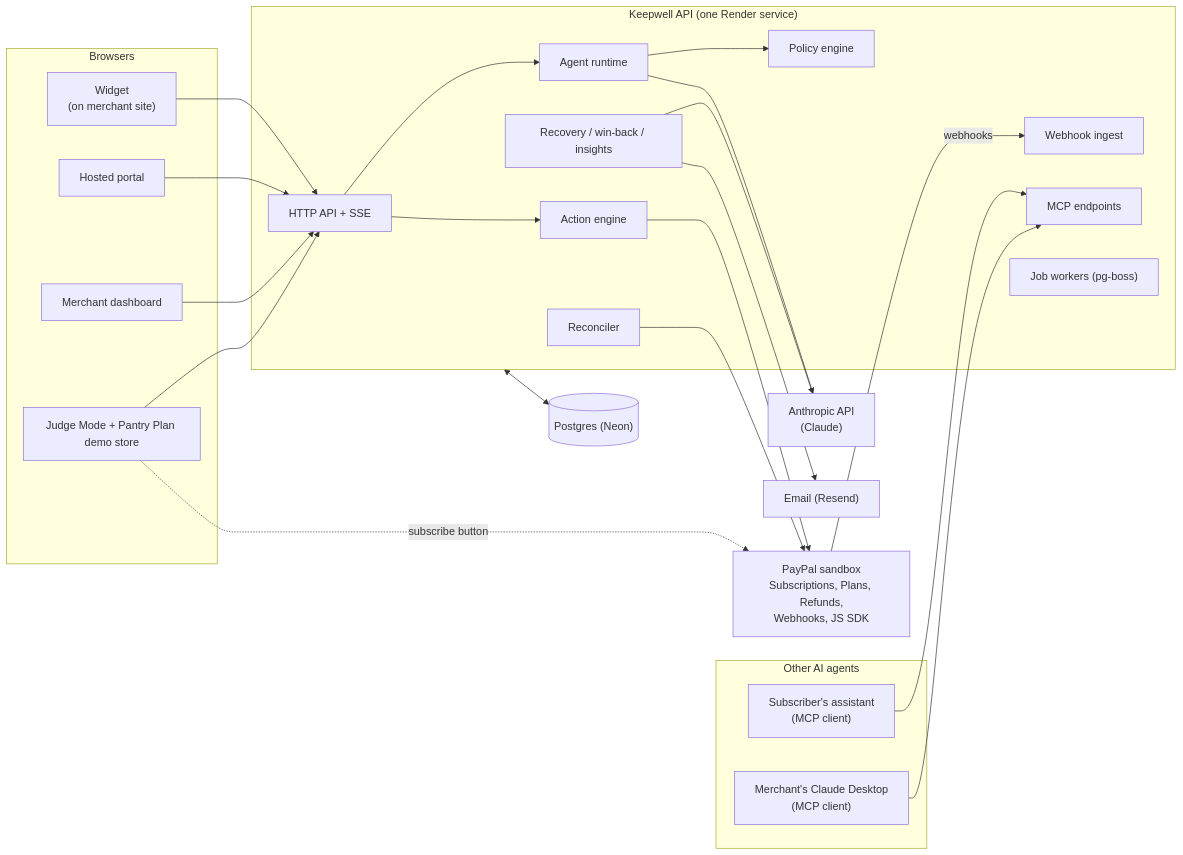
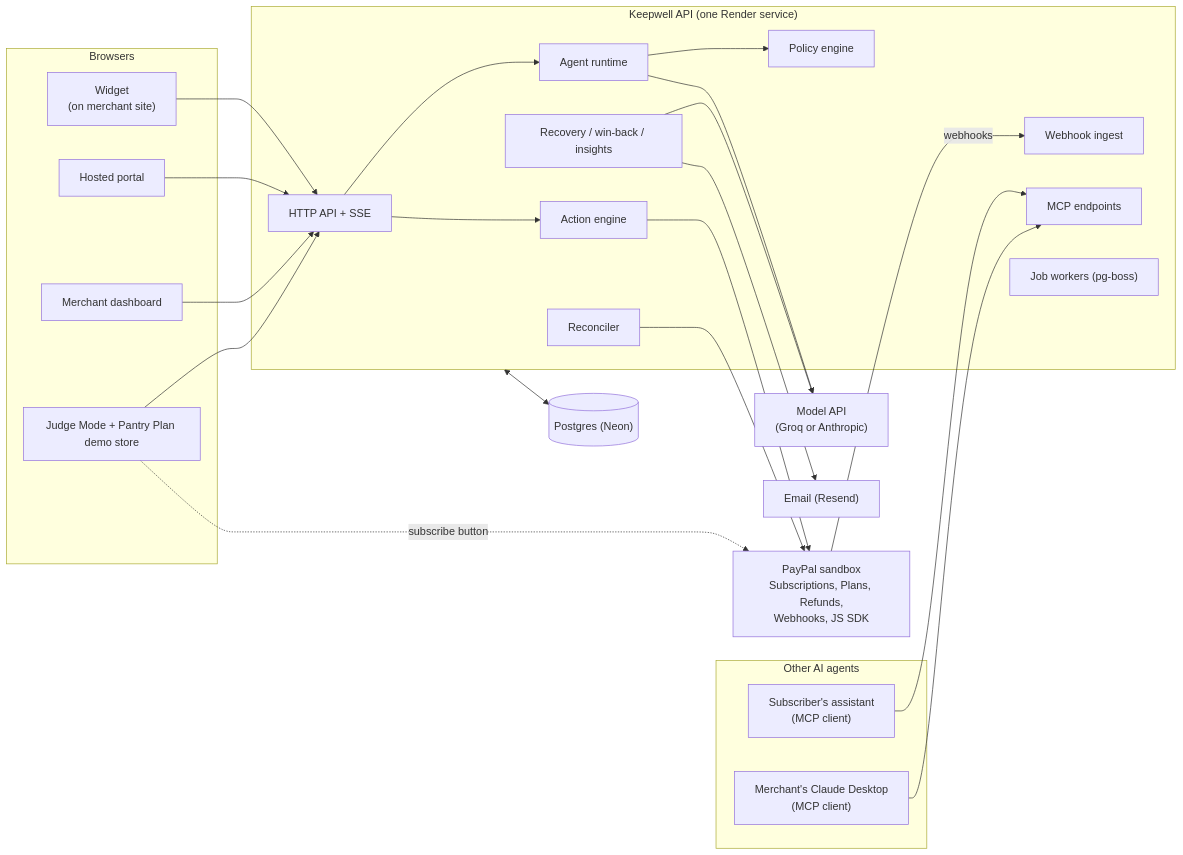
The diagram in README.md (NotArnav03/keepwell), drawn with Mermaid before and after one commit. The commit also changed other lines of this file and 2 other files, not shown here.

First line of the commit message:
docs: prod-demo URLs, what was checked there, and the model on Groq (#172)

````diff
--- a/README.md
+++ b/README.md
@@ -61,40 +79,40 @@
 ```mermaid
 flowchart LR
   subgraph Browser["Browsers"]
     W["Widget<br/>(on merchant site)"]
     P["Hosted portal"]
     D["Merchant dashboard"]
     J["Judge Mode + Pantry Plan demo store"]
   end
   subgraph Agents["Other AI agents"]
     SA["Subscriber's assistant<br/>(MCP client)"]
     MA["Merchant's Claude Desktop<br/>(MCP client)"]
   end
   subgraph KW["Keepwell API (one Render service)"]
     API["HTTP API + SSE"]
     WH["Webhook ingest"]
     AG["Agent runtime"]
     PO["Policy engine"]
     AE["Action engine"]
     RC["Reconciler"]
     GR["Recovery / win-back / insights"]
     MCP["MCP endpoints"]
     JOBS["Job workers (pg-boss)"]
   end
   DB[("Postgres (Neon)")]
   PP["PayPal sandbox<br/>Subscriptions, Plans, Refunds,<br/>Webhooks, JS SDK"]
-  AN["Anthropic API<br/>(Claude)"]
+  AN["Model API<br/>(Groq or Anthropic)"]
   EM["Email (Resend)"]
 
   W & P & D & J --> API
   SA & MA --> MCP
   API --> AG --> PO
   AG --> AN
   API --> AE --> PP
   PP -- webhooks --> WH
   RC --> PP
   GR --> AN
   GR --> EM
   KW <--> DB
   J -. subscribe button .-> PP
 ```
````
